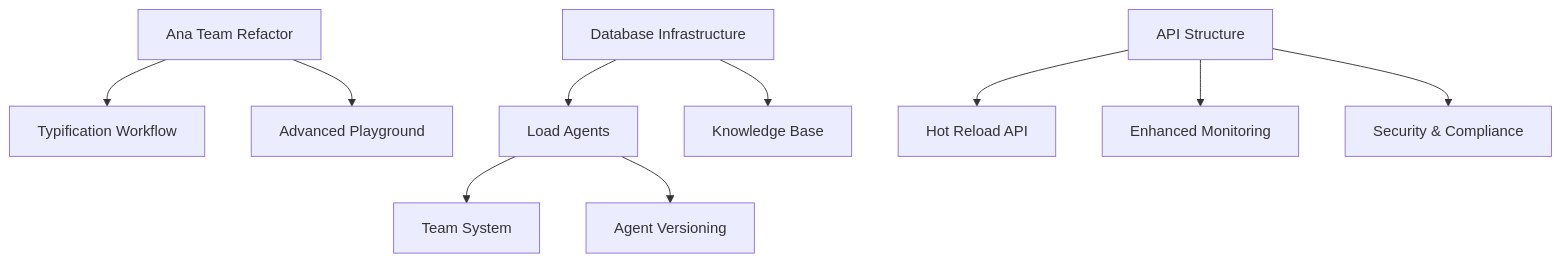
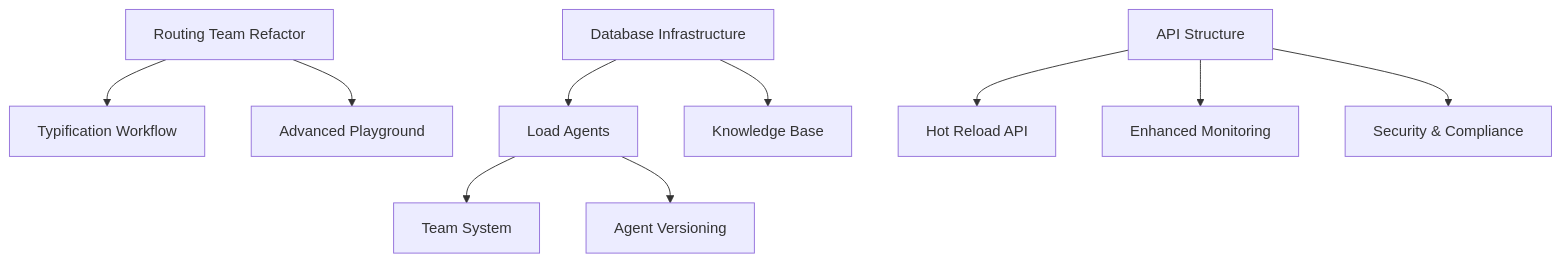
One commit to namastexlabs/automagik-hive changed the diagram in genie/active/epic-status.md. Above: the diagram before and after it, drawn with Mermaid. The commit also changed other lines of this file and 63 other files, not shown here.

````diff
--- a/genie/active/epic-status.md
+++ b/genie/active/epic-status.md
@@ -118,12 +118,12 @@
 ```mermaid
 graph TD
     A[Database Infrastructure] --> D[Load Agents]
-    B[Ana Team Refactor] --> F[Typification Workflow]
+    B[Routing Team Refactor] --> F[Typification Workflow]
     B --> K[Advanced Playground]
     C[API Structure] --> I[Hot Reload API]
     C --> J[Enhanced Monitoring]
     C --> L[Security & Compliance]
     D --> E[Team System]
     D --> H[Agent Versioning]
     A --> G[Knowledge Base]
 ```
````
